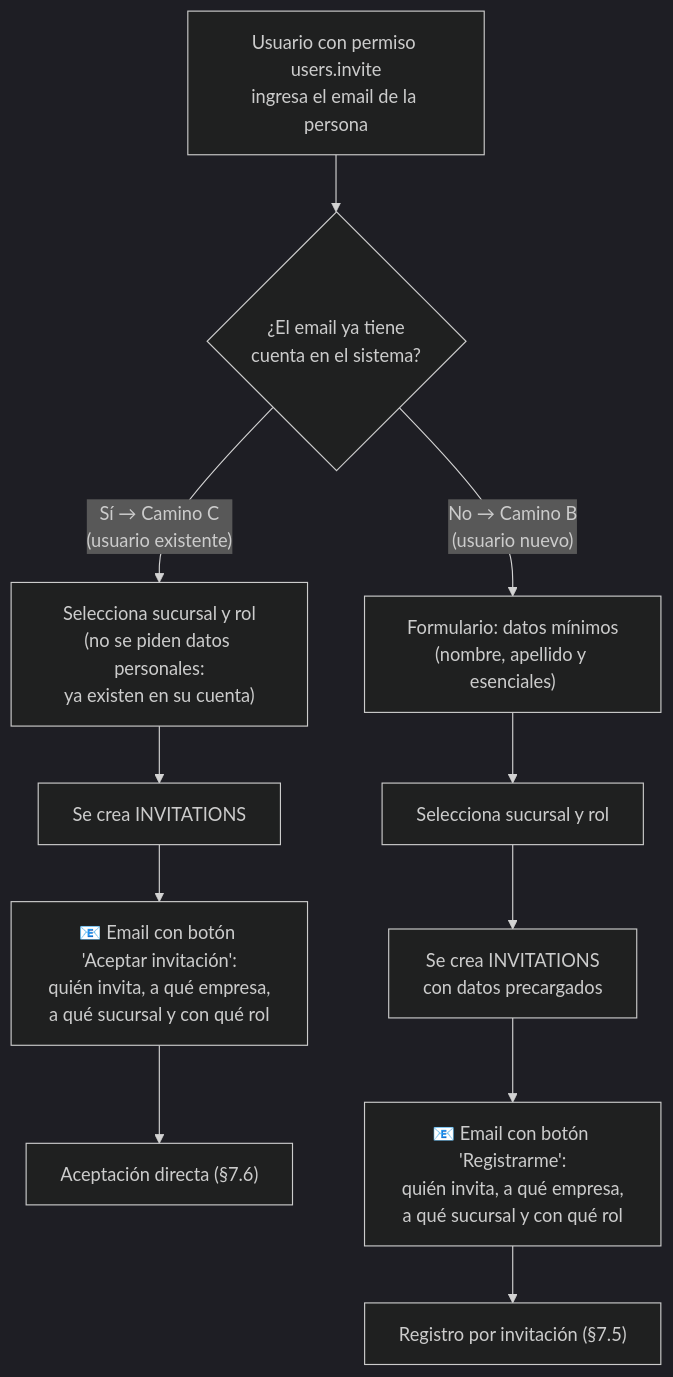
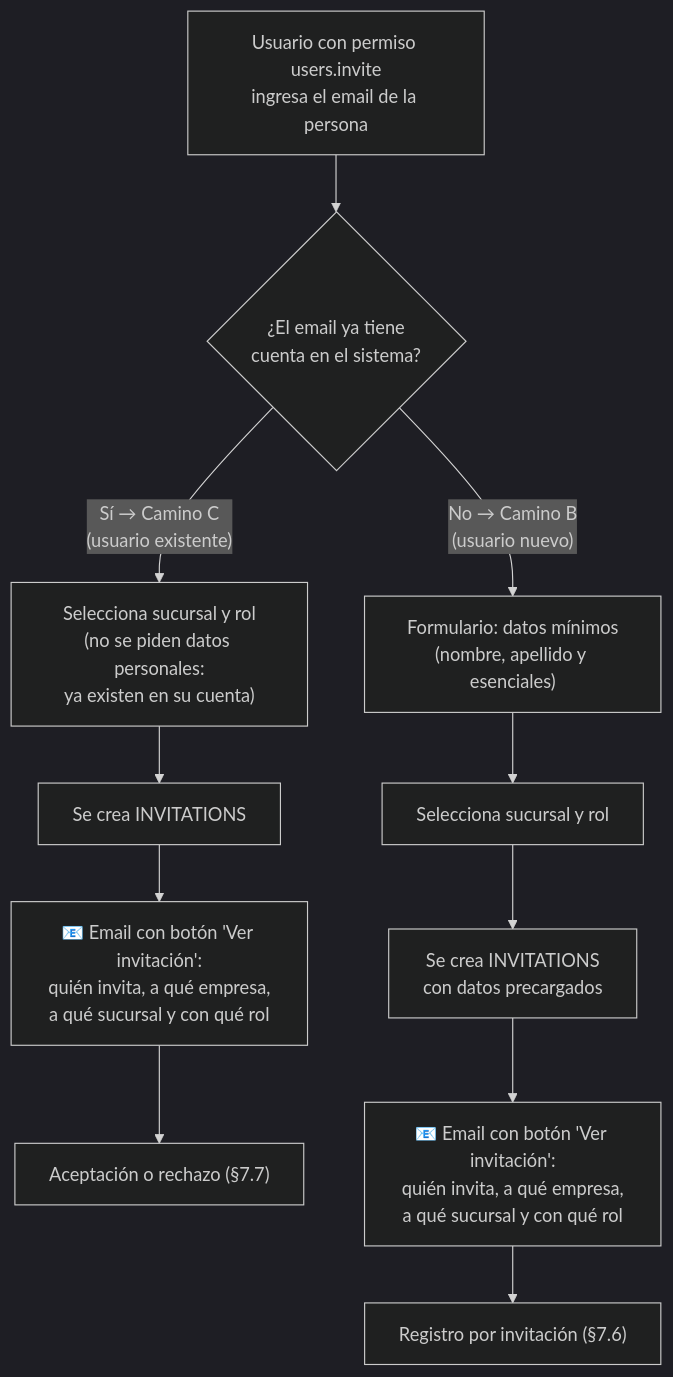
The seventh of 13 diagrams in database-guidelines.md (Franco98404/database-guidelines), drawn with Mermaid (dark theme) before and after one commit. The commit also changed other lines of this file, not shown here.

First line of the commit message:
Versión 1.4.0: resolución del email en el registro e invitaciones rechazables

````diff
--- a/database-guidelines.md
+++ b/database-guidelines.md
@@ -432,13 +448,13 @@
 ```mermaid
 flowchart TD
     A["Usuario con permiso users.invite<br/>ingresa el email de la persona"] --> B{"¿El email ya tiene<br/>cuenta en el sistema?"}
     B -- "Sí → Camino C<br/>(usuario existente)" --> C["Selecciona sucursal y rol<br/>(no se piden datos personales:<br/>ya existen en su cuenta)"]
     C --> D["Se crea INVITATIONS"]
-    D --> HC["📧 Email con botón 'Aceptar invitación':<br/>quién invita, a qué empresa,<br/>a qué sucursal y con qué rol"]
-    HC --> JC["Aceptación directa (§7.6)"]
+    D --> HC["📧 Email con botón 'Ver invitación':<br/>quién invita, a qué empresa,<br/>a qué sucursal y con qué rol"]
+    HC --> JC["Aceptación o rechazo (§7.7)"]
     B -- "No → Camino B<br/>(usuario nuevo)" --> E["Formulario: datos mínimos<br/>(nombre, apellido y esenciales)"]
     E --> F["Selecciona sucursal y rol"]
     F --> G["Se crea INVITATIONS<br/>con datos precargados"]
-    G --> HB["📧 Email con botón 'Registrarme':<br/>quién invita, a qué empresa,<br/>a qué sucursal y con qué rol"]
-    HB --> JB["Registro por invitación (§7.5)"]
+    G --> HB["📧 Email con botón 'Ver invitación':<br/>quién invita, a qué empresa,<br/>a qué sucursal y con qué rol"]
+    HB --> JB["Registro por invitación (§7.6)"]
 ```
````
